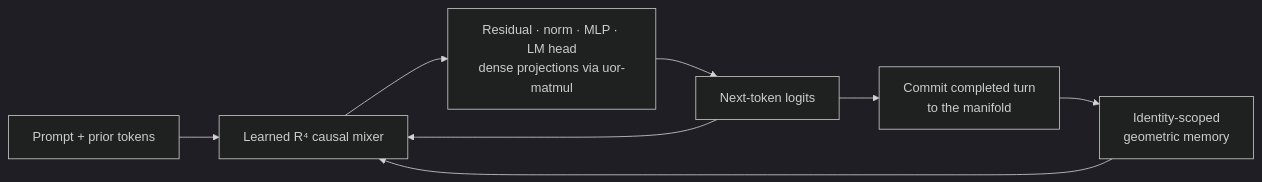
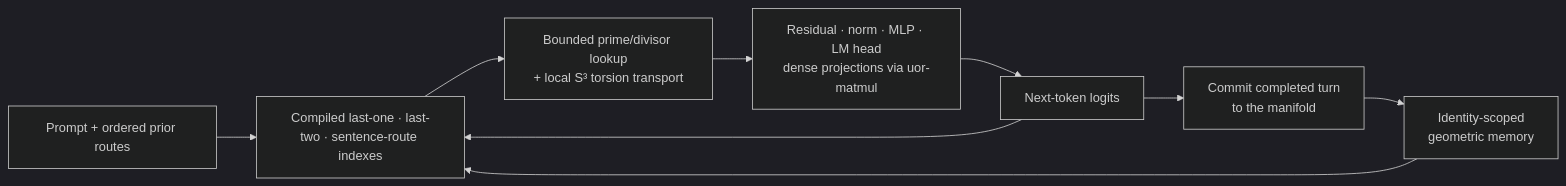
One commit to UOR-Foundation/uor-r4 changed the first of 4 diagrams in README.md. Above: the diagram before and after it, drawn with Mermaid (dark theme). The commit also changed other lines of this file and 21 other files, not shown here.

Commit message:
Implement fixed-zeta prime-route substrate (#958)

````diff
--- a/README.md
+++ b/README.md
@@ -53,10 +53,11 @@
 ```mermaid
 flowchart LR
-    Q["Prompt + prior tokens"] --> D["Learned R⁴ causal mixer"]
-    M["Identity-scoped<br/>geometric memory"] --> D
+    Q["Prompt + ordered prior routes"] --> I["Compiled last-one · last-two · sentence-route indexes"]
+    M["Identity-scoped<br/>geometric memory"] --> I
+    I --> D["Bounded prime/divisor lookup<br/>+ local S³ torsion transport"]
     D --> S["Residual · norm · MLP · LM head<br/>dense projections via uor-matmul"]
     S --> T["Next-token logits"]
-    T --> D
+    T --> I
     T --> C["Commit completed turn<br/>to the manifold"]
     C --> M
 ```
````
